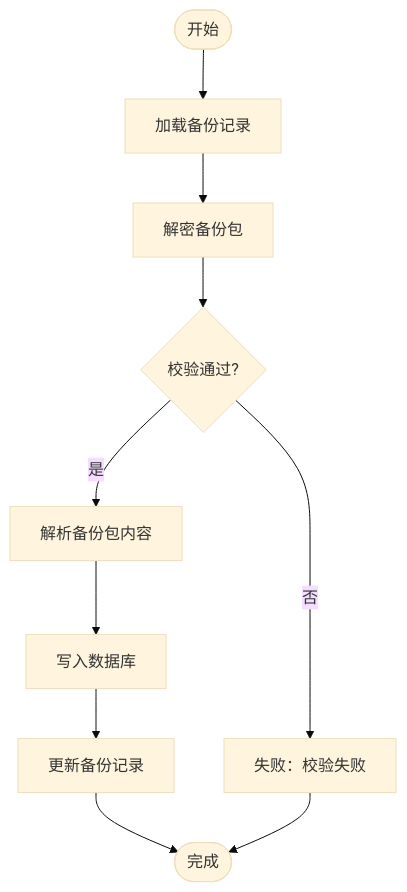
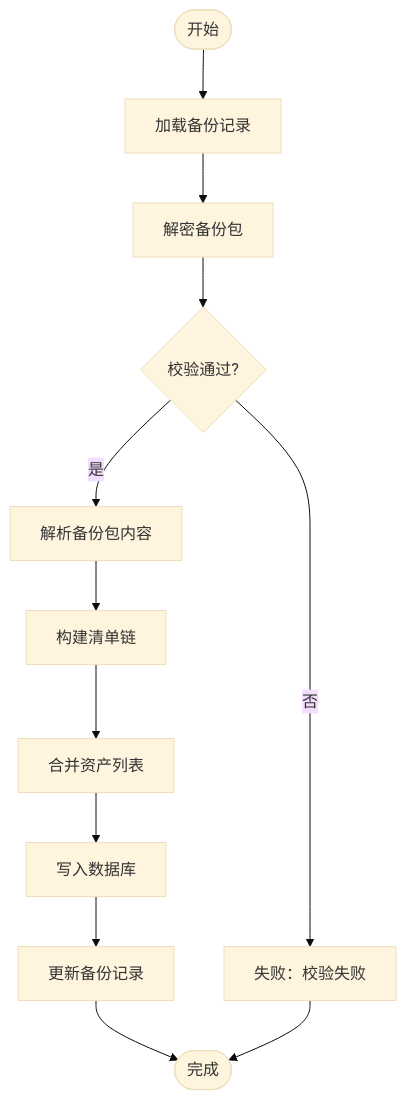
One commit to wanhongbo/ai-photo-vault changed diagram 11 of 12 in .qoder/repowiki/zh/content/核心功能模块/备份恢复系统.md. Above: the diagram before and after it, drawn with Mermaid (base theme). The commit also changed other lines of this file and 22 other files, not shown here.

````diff
--- a/.qoder/repowiki/zh/content/核心功能模块/备份恢复系统.md
+++ b/.qoder/repowiki/zh/content/核心功能模块/备份恢复系统.md
@@ -328,12 +533,14 @@
 ```mermaid
 flowchart TD
 Start(["开始"]) --> LoadRec["加载备份记录"]
 LoadRec --> Decrypt["解密备份包"]
 Decrypt --> Verify{"校验通过?"}
 Verify --> |否| Fail["失败：校验失败"]
 Verify --> |是| Parse["解析备份包内容"]
-Parse --> WriteDB["写入数据库"]
+Parse --> BuildChain["构建清单链"]
+BuildChain --> MergeAssets["合并资产列表"]
+MergeAssets --> WriteDB["写入数据库"]
 WriteDB --> UpdateRec["更新备份记录"]
 UpdateRec --> Done(["完成"])
 Fail --> Done
 ```
````
